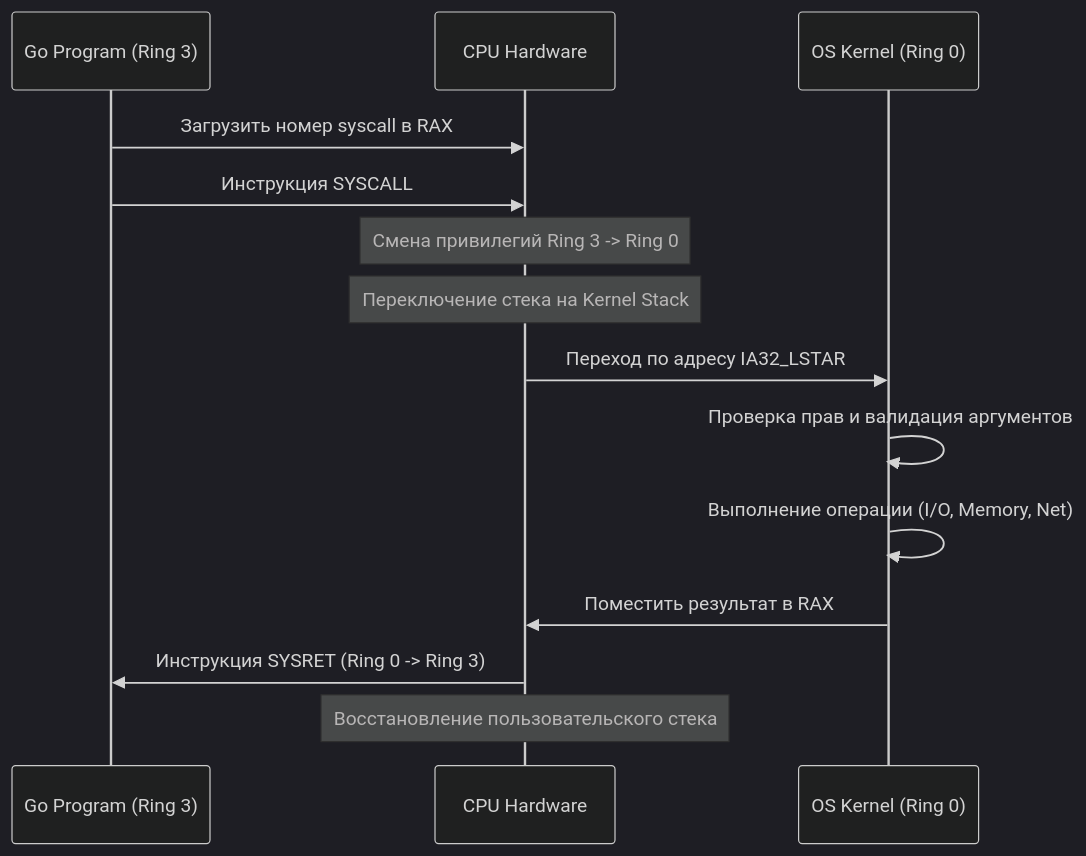
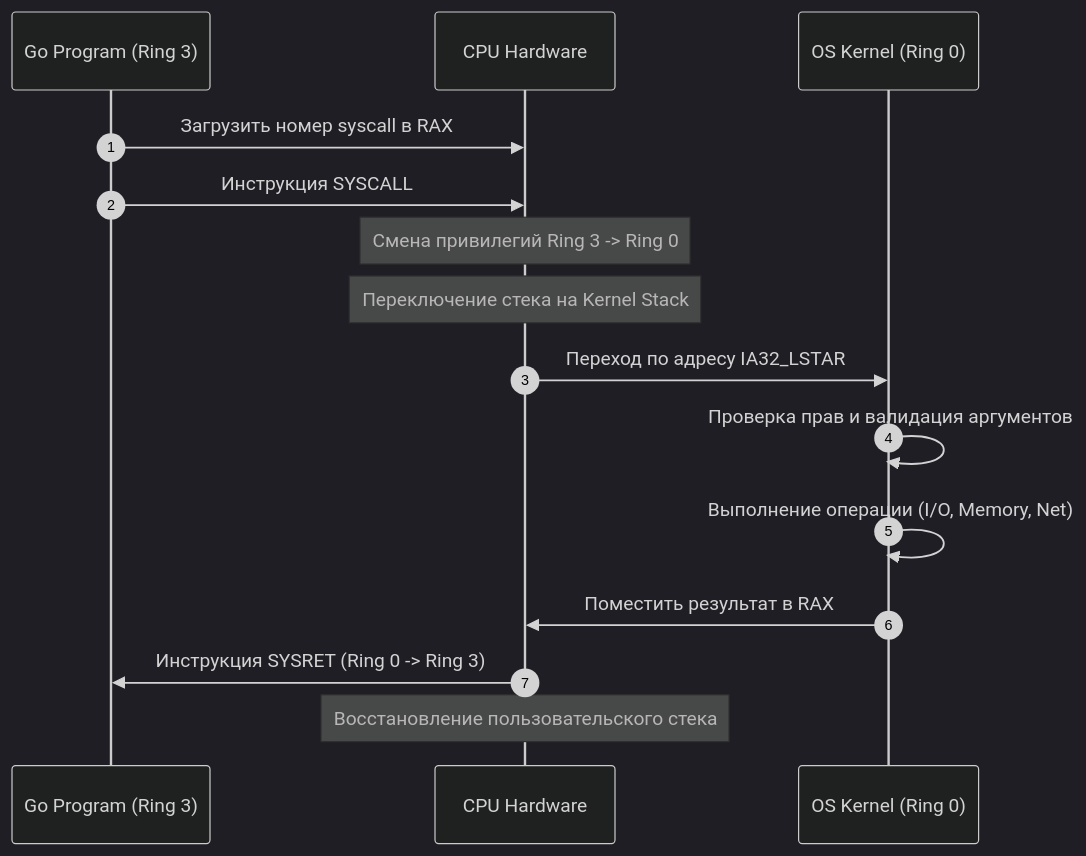
The first of 2 diagrams in sources/2. Устройство и работа ОС/22. Системные вызовы. Как программа просит ОС что-то сделать.md (UnrealTemplier/go-textbook), drawn with Mermaid (dark theme) before and after one commit. The commit also changed other lines of this file, not shown here.

````diff
--- a/sources/2. Устройство и работа ОС/22. Системные вызовы. Как программа просит ОС что-то сделать.md
+++ b/sources/2. Устройство и работа ОС/22. Системные вызовы. Как программа просит ОС что-то сделать.md
@@ -36,17 +45,18 @@
 ```mermaid
 sequenceDiagram
+    autonumber
     participant User as Go Program (Ring 3)
     participant CPU as CPU Hardware
     participant Kernel as OS Kernel (Ring 0)
     
     User->>CPU: Загрузить номер syscall в RAX
     User->>CPU: Инструкция SYSCALL
     Note over CPU: Смена привилегий Ring 3 -> Ring 0
     Note over CPU: Переключение стека на Kernel Stack
     CPU->>Kernel: Переход по адресу IA32_LSTAR
     Kernel->>Kernel: Проверка прав и валидация аргументов
     Kernel->>Kernel: Выполнение операции (I/O, Memory, Net)
     Kernel->>CPU: Поместить результат в RAX
     CPU->>User: Инструкция SYSRET (Ring 0 -> Ring 3)
     Note over CPU: Восстановление пользовательского стека
 ```
````
